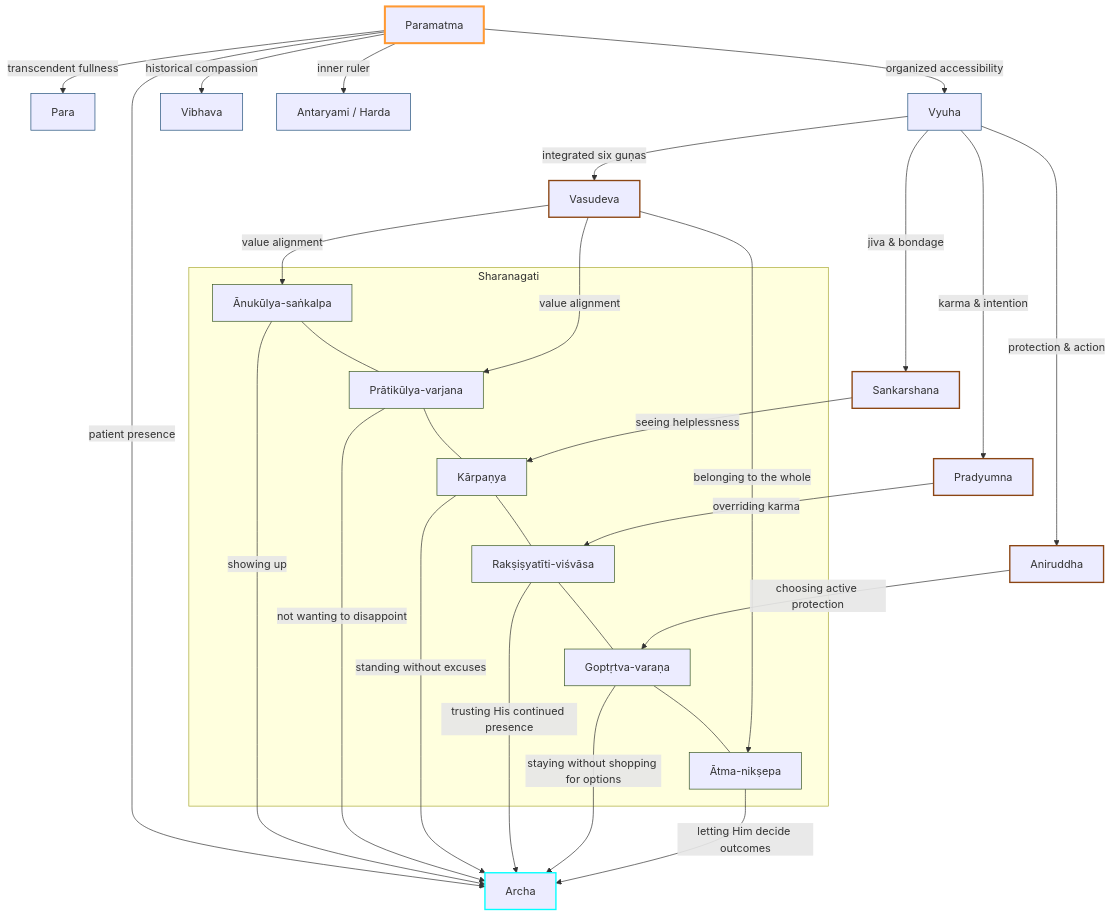
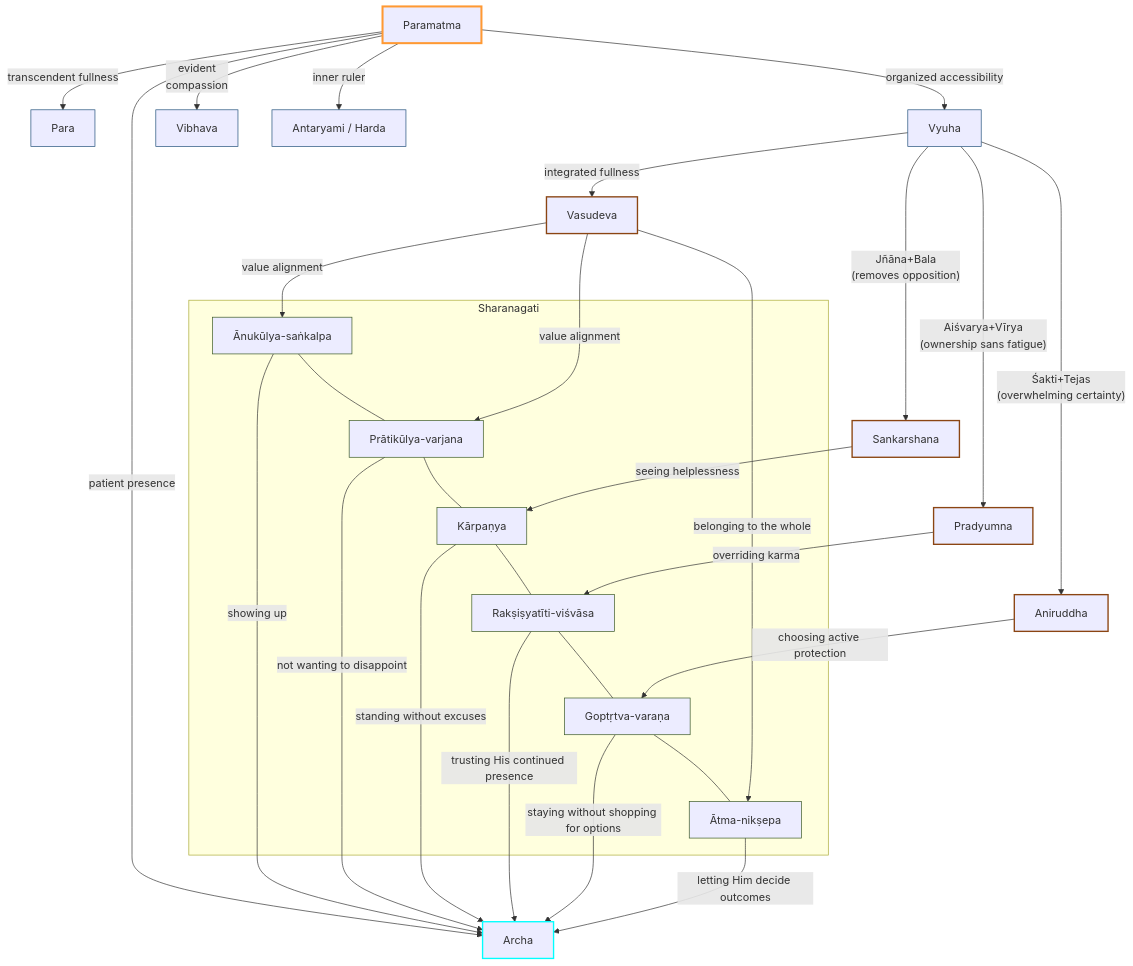
Before and after one commit to RaPaLearning/askys: the diagram in reflections/paramatma-roopa-flow.md, drawn with Mermaid. The commit also changed 1 other file, not shown here.

Commit message:
add sarva dharmaan parityajya

````diff
--- a/reflections/paramatma-roopa-flow.md
+++ b/reflections/paramatma-roopa-flow.md
@@ -3,66 +3,66 @@
 ```mermaid
 flowchart TD
 
 %% =========================
 %% COLOR DEFINITIONS
 %% =========================
 classDef paramatma stroke:#FF9933,stroke-width:3px
 classDef roopa stroke:#1f4e79,stroke-width:1px
 classDef vyuha stroke:#8B4513,stroke-width:2px
 classDef anga stroke:#385723,stroke-width:1px
 classDef archa stroke:#00FFFF,stroke-width:2px
 
 %% =========================
 %% PARAMATMA & ROOPAS
 %% =========================
 A[Paramatma]:::paramatma
 
 A -->|transcendent fullness| B[Para]:::roopa
 A -->|organized accessibility| C[Vyuha]:::roopa
-A -->|historical compassion| D[Vibhava]:::roopa
+A -->|evident<br>compassion| D[Vibhava]:::roopa
 A -->|inner ruler| E[Antaryami / Harda]:::roopa
 A -->|patient presence| F[Archa]:::archa
 
 %% =========================
 %% VYUHA EXPRESSIONS
 %% =========================
-C -->|integrated six guṇas| C1[Vasudeva]:::vyuha
-C -->|jiva & bondage| C2[Sankarshana]:::vyuha
-C -->|karma & intention| C3[Pradyumna]:::vyuha
-C -->|protection & action| C4[Aniruddha]:::vyuha
+C -->|integrated fullness| C1[Vasudeva]:::vyuha
+C -->|"Jñāna+Bala<br>(removes opposition)"| C2[Sankarshana]:::vyuha
+C -->|"Aiśvarya+Vīrya<br>(ownership sans fatigue)"| C3[Pradyumna]:::vyuha
+C -->|"Śakti+Tejas<br>(overwhelming certainty)"| C4[Aniruddha]:::vyuha
 
 %% =========================
 %% SHARANAGATI
 %% =========================
 subgraph Sharanagati
 G1[Ānukūlya-saṅkalpa]:::anga --- G2[Prātikūlya-varjana]:::anga
 G2 --- G3[Kārpaṇya]:::anga
 G3 --- G4[Rakṣiṣyatīti-viśvāsa]:::anga
 G4 --- G5[Goptṛtva-varaṇa]:::anga
 G5 --- G6[Ātma-nikṣepa]:::anga
 end
 
 %% =========================
 %% VYUHA → AṄGA MAPPING
 %% =========================
 C1 -->|value alignment| G1
 C1 -->|value alignment| G2
 
 C2 -->|seeing helplessness| G3
 
 C3 -->|overriding karma| G4
 
 C4 -->|choosing active protection| G5
 
 C1 -->|belonging to the whole| G6
 
 %% =========================
 %% AṄGAS RESTING IN ARCHĀ
 %% =========================
 G1 -->|showing up| F
 G2 -->|not wanting to disappoint| F
 G3 -->|standing without excuses| F
 G4 -->|trusting His continued presence| F
 G5 -->|staying without shopping for options| F
 G6 -->|letting Him decide outcomes| F
 ```
````
